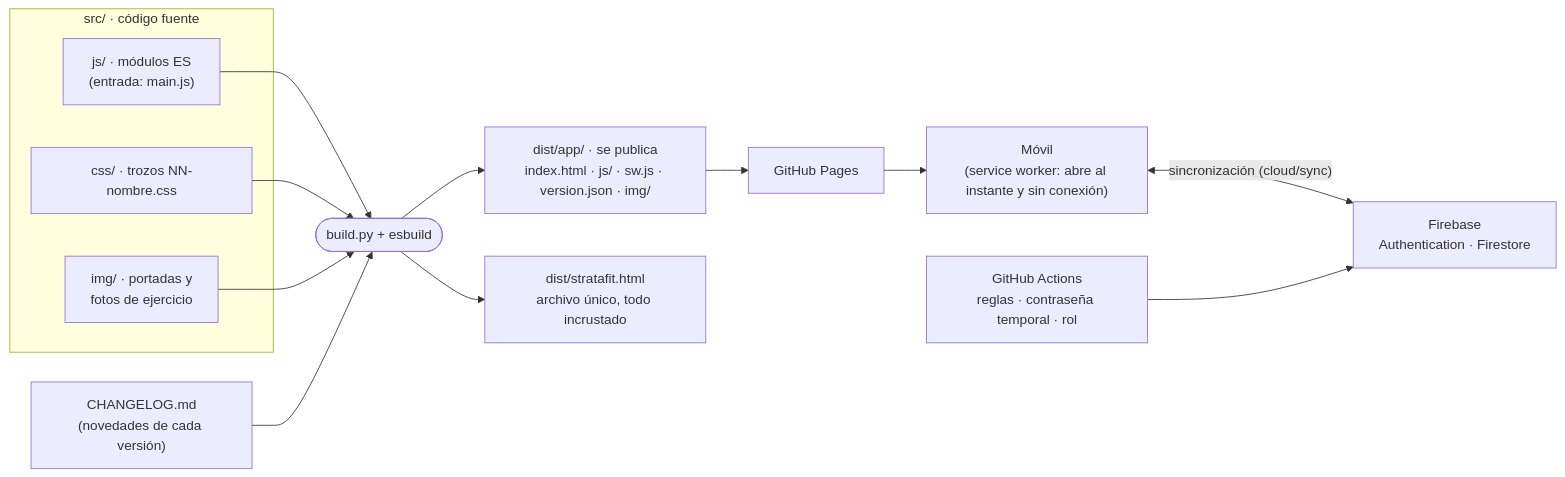
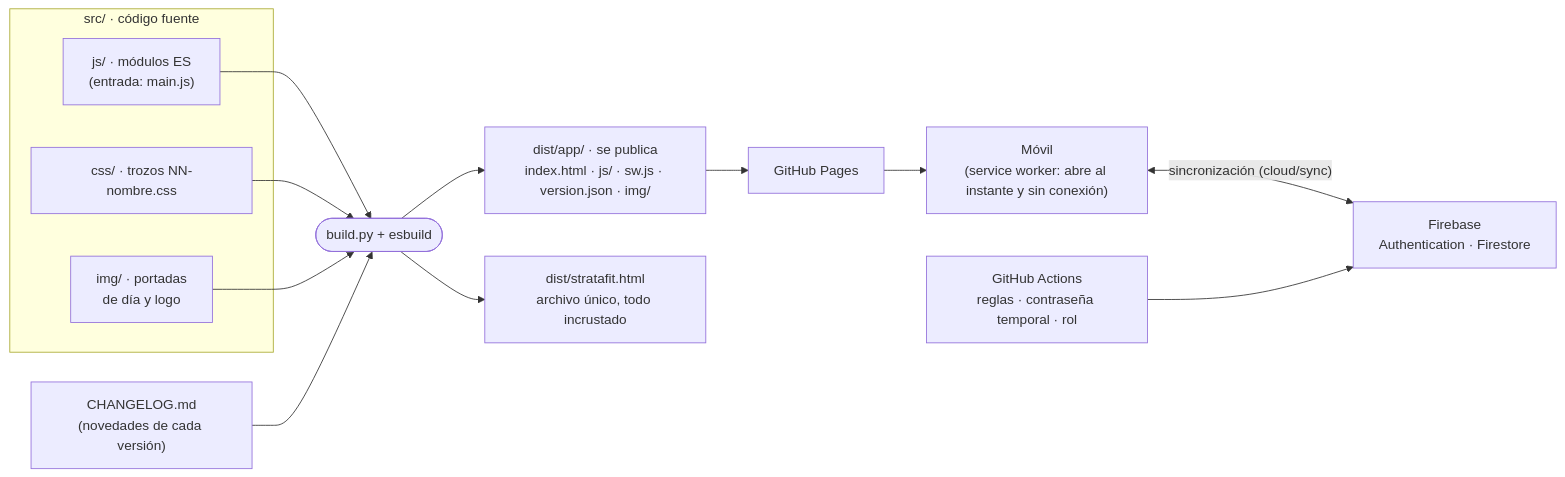
Before and after one commit to victorroma01/Fitflow: the diagram in docs/tecnica/README.md, drawn with Mermaid. The commit also changed other lines of this file and 13 other files, not shown here.

````diff
--- a/docs/tecnica/README.md
+++ b/docs/tecnica/README.md
@@ -30,20 +30,20 @@
 ```mermaid
 flowchart LR
   subgraph fuente["src/ · código fuente"]
     JS["js/ · módulos ES<br/>(entrada: main.js)"]
     CSS["css/ · trozos NN-nombre.css"]
-    IMG["img/ · portadas y<br/>fotos de ejercicio"]
+    IMG["img/ · portadas<br/>de día y logo"]
   end
   CL["CHANGELOG.md<br/>(novedades de cada versión)"]
   B(["build.py + esbuild"])
   JS --> B
   CSS --> B
   IMG --> B
   CL --> B
   B --> APP["dist/app/ · se publica<br/>index.html · js/ · sw.js · version.json · img/"]
   B --> ONE["dist/stratafit.html<br/>archivo único, todo incrustado"]
   APP --> PAGES["GitHub Pages"]
   PAGES --> PHONE["Móvil<br/>(service worker: abre al instante y sin conexión)"]
   PHONE <-->|"sincronización (cloud/sync)"| FB["Firebase<br/>Authentication · Firestore"]
   GHA["GitHub Actions<br/>reglas · contraseña temporal · rol"] --> FB
 ```
````
